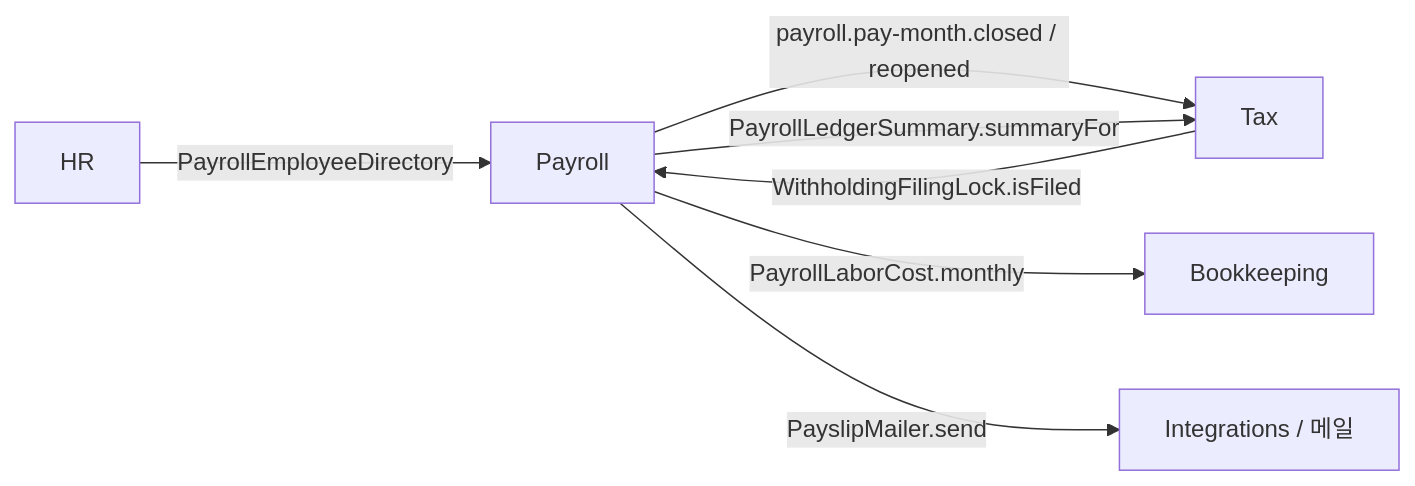
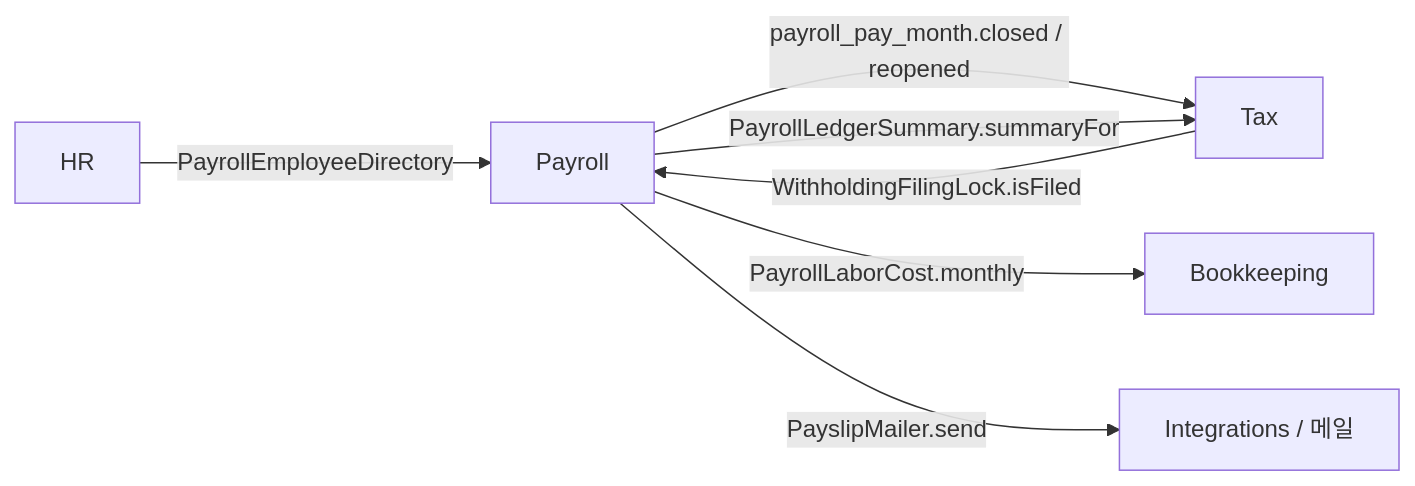
The third of 3 diagrams in docs/design/payroll.md (cbcruk/semu), drawn with Mermaid before and after one commit. The commit also changed other lines of this file and 15 other files, not shown here.

````diff
--- a/docs/design/payroll.md
+++ b/docs/design/payroll.md
@@ -296,9 +296,9 @@
 ```mermaid
 flowchart LR
   HR[HR] -- PayrollEmployeeDirectory --> PAY[Payroll]
-  PAY -- payroll.pay-month.closed / reopened --> TAX[Tax]
+  PAY -- payroll_pay_month.closed / reopened --> TAX[Tax]
   TAX -- WithholdingFilingLock.isFiled --> PAY
   PAY -- PayrollLedgerSummary.summaryFor --> TAX
   PAY -- PayrollLaborCost.monthly --> BK[Bookkeeping]
   PAY -- PayslipMailer.send --> INT[Integrations / 메일]
 ```
````
